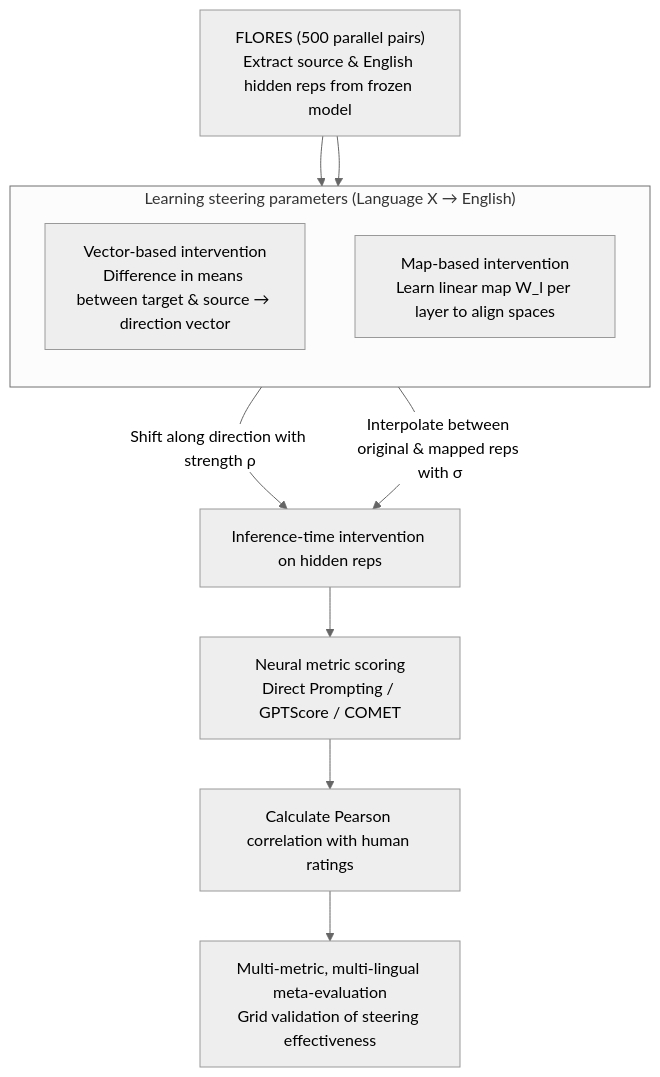
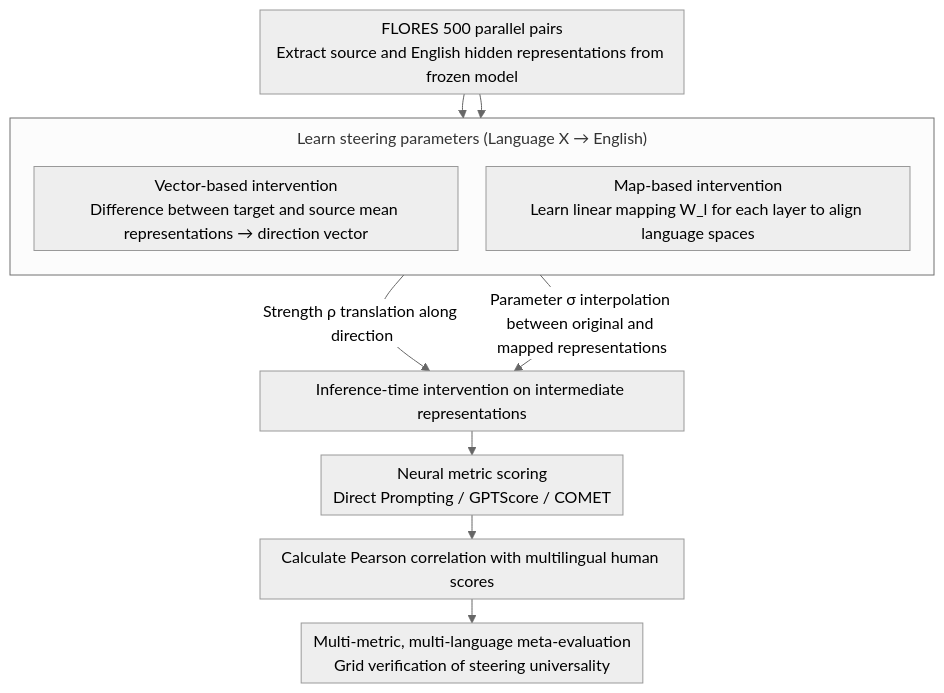
One commit to zhaoyang97/Paper-Notes-en changed the diagram in docs/ACL2026/multilingual_mt/steereval_inference-time_interventions_strengthen_multilingual_generalization_in.md. Above: the diagram before and after it, drawn with Mermaid (neutral theme). The commit also changed other lines of this file and 5084 other files, not shown here.

````diff
--- a/docs/ACL2026/multilingual_mt/steereval_inference-time_interventions_strengthen_multilingual_generalization_in.md
+++ b/docs/ACL2026/multilingual_mt/steereval_inference-time_interventions_strengthen_multilingual_generalization_in.md
@@ -46,16 +46,17 @@
 ```mermaid
-graph TD
-    A["FLORES (500 parallel pairs)<br/>Extract source & English hidden reps from frozen model"]
-    subgraph STEER["Learning steering parameters (Language X → English)"]
+%%{init: {'flowchart': {'rankSpacing': 24, 'nodeSpacing': 28, 'padding': 6, 'wrappingWidth': 400, 'subGraphTitleMargin': {'top': 8, 'bottom': 16}}}}%%
+flowchart TD
+    A["FLORES 500 parallel pairs<br/>Extract source and English hidden representations from frozen model"]
+    subgraph STEER["Learn steering parameters (Language X → English)"]
         direction TB
-        B["Vector-based intervention<br/>Difference in means between target & source → direction vector"]
-        C["Map-based intervention<br/>Learn linear map W_l per layer to align spaces"]
+        B["Vector-based intervention<br/>Difference between target and source mean representations → direction vector"]
+        C["Map-based intervention<br/>Learn linear mapping W_l for each layer to align language spaces"]
     end
     A --> B
     A --> C
-    B -->|"Shift along direction with strength ρ"| D["Inference-time intervention on hidden reps"]
-    C -->|"Interpolate between original & mapped reps with σ"| D
+    B -->|"Strength ρ translation along direction"| D["Inference-time intervention on intermediate representations"]
+    C -->|"Parameter σ interpolation between original and mapped representations"| D
     D --> E["Neural metric scoring<br/>Direct Prompting / GPTScore / COMET"]
-    E --> F["Calculate Pearson correlation with human ratings"]
-    F --> G["Multi-metric, multi-lingual meta-evaluation<br/>Grid validation of steering effectiveness"]
+    E --> F["Calculate Pearson correlation with multilingual human scores"]
+    F --> G["Multi-metric, multi-language meta-evaluation<br/>Grid verification of steering universality"]
 ```
````
